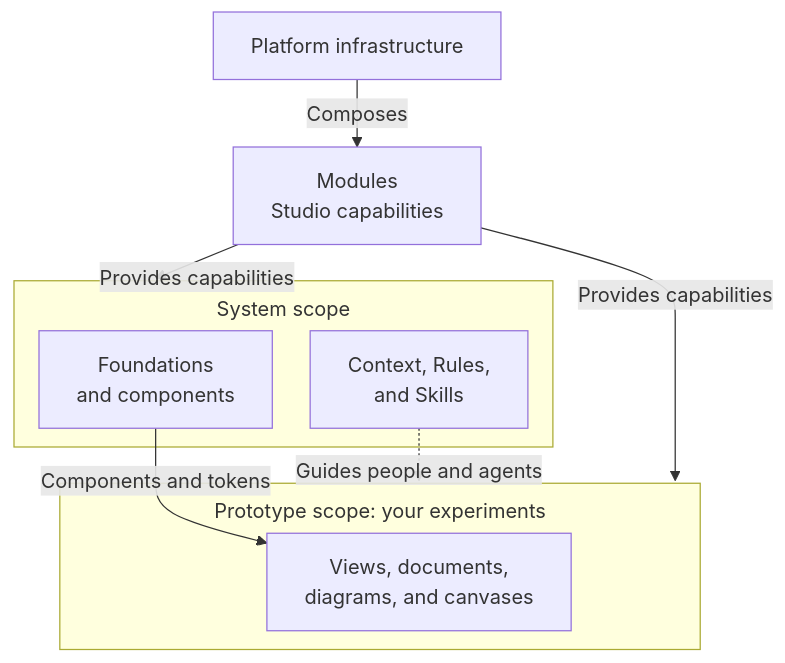
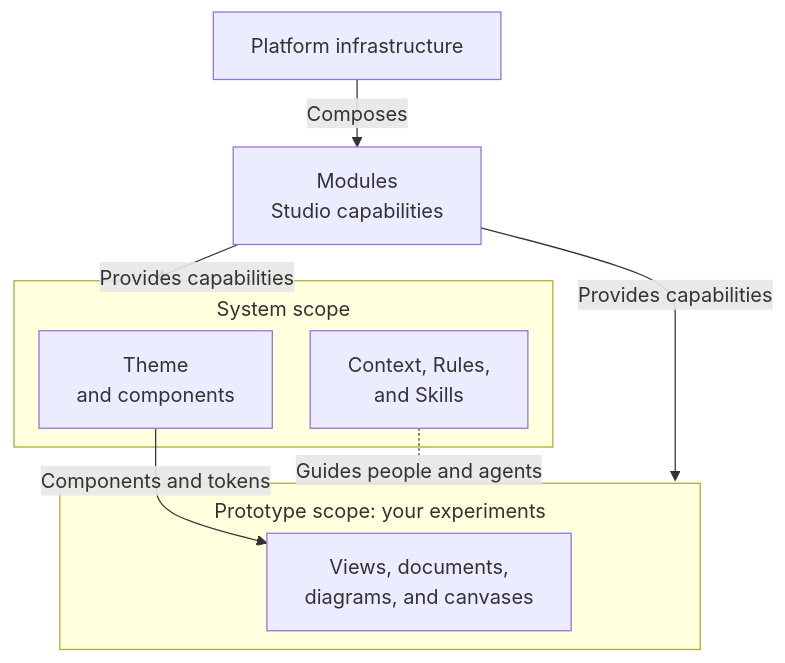
The first of 2 diagrams in src/modules/documentation/pages/index.md (itspatmorgan/design-studio-starter), drawn with Mermaid before and after one commit. The commit also changed other lines of this file and 30 other files, not shown here.

Commit message:
Align system terminology on Theme across UI and documentation

````diff
--- a/src/modules/documentation/pages/index.md
+++ b/src/modules/documentation/pages/index.md
@@ -17,20 +17,20 @@
 ```mermaid
 %%{init: {"flowchart": {"nodeSpacing": 20, "rankSpacing": 30, "subGraphTitleMargin": {"top": 10, "bottom": 15}}}}%%
 flowchart TB
   accTitle: Studio ownership and safe working areas
-  accDescr: Platform infrastructure composes modules that provide studio capabilities. Each system owns foundations, components, context, rules, and skills. Contributor-owned prototypes use an assigned system and contain artifacts for local experiments.
+  accDescr: Platform infrastructure composes modules that provide studio capabilities. Each system owns theme, components, context, rules, and skills. Contributor-owned prototypes use an assigned system and contain artifacts for local experiments.
   platform[Platform infrastructure]
   modules[Modules<br/>Studio capabilities]
   subgraph system[System scope]
-    ui[Foundations<br/>and components]
+    ui[Theme<br/>and components]
     knowledge[Context, Rules,<br/>and Skills]
   end
   subgraph yours[Prototype scope: your experiments]
     artifacts[Views, documents,<br/>diagrams, and canvases]
   end
   platform -->|Composes| modules
   modules -->|Provides capabilities| system
   modules -->|Provides capabilities| yours
   ui -->|Components and tokens| artifacts
   knowledge -.->|Guides people and agents| yours
 ```
````
